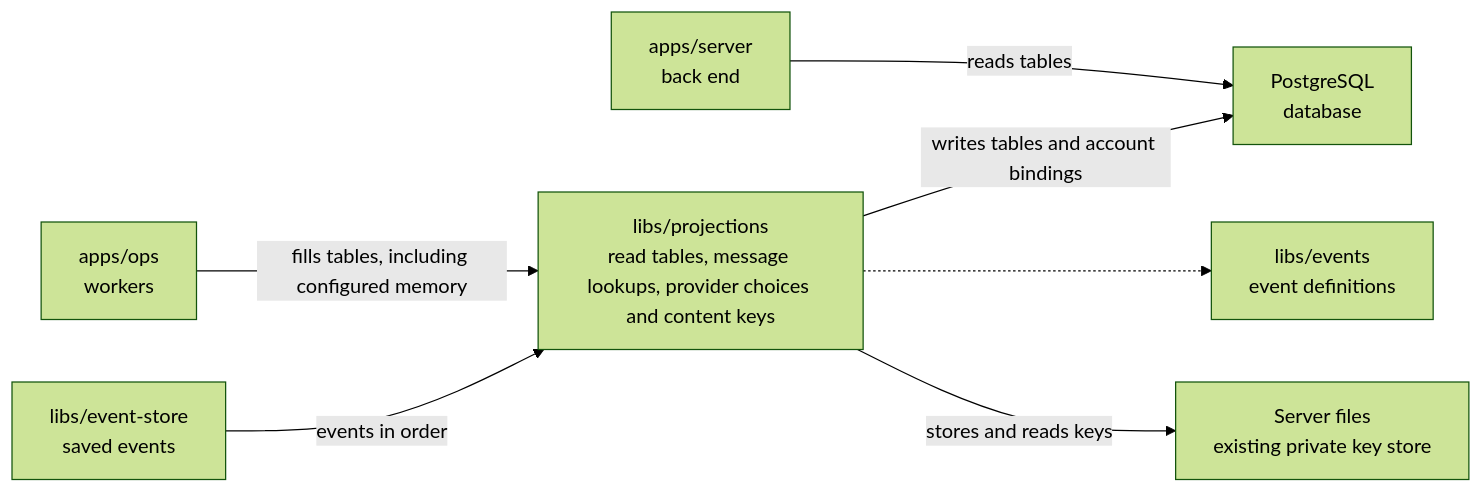
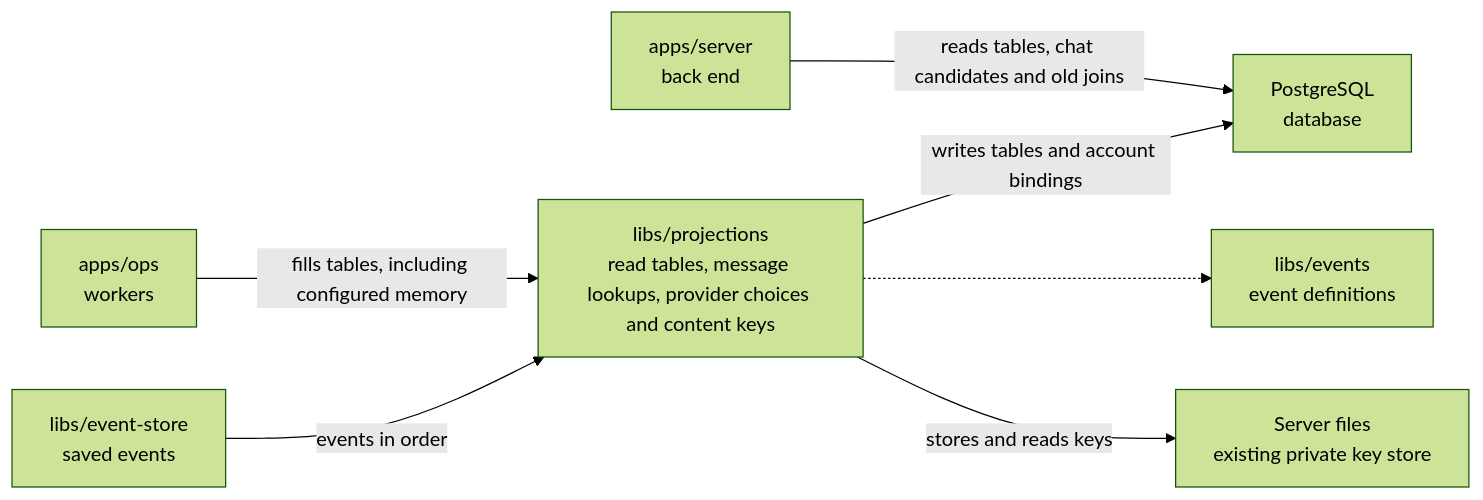
Before and after one commit to elewa-git/opencrane-new: the diagram in libs/projections/README.md, drawn with Mermaid (forest theme). The commit also changed other lines of this file and 35 other files, not shown here.

````diff
--- a/libs/projections/README.md
+++ b/libs/projections/README.md
@@ -23,9 +23,9 @@
 ```mermaid
 flowchart LR
   ops["apps/ops<br/>workers"] -->|fills tables, including configured memory| projections["libs/projections<br/>read tables, message lookups, provider choices and content keys"]
-  server["apps/server<br/>back end"] -->|reads tables| pg["PostgreSQL<br/>database"]
+  server["apps/server<br/>back end"] -->|reads tables, chat candidates and old joins| pg["PostgreSQL<br/>database"]
   projections -->|writes tables and account bindings| pg
   store["libs/event-store<br/>saved events"] -->|events in order| projections
   projections -.-> events["libs/events<br/>event definitions"]
   projections -->|stores and reads keys| keys["Server files<br/>existing private key store"]
 ```
````
